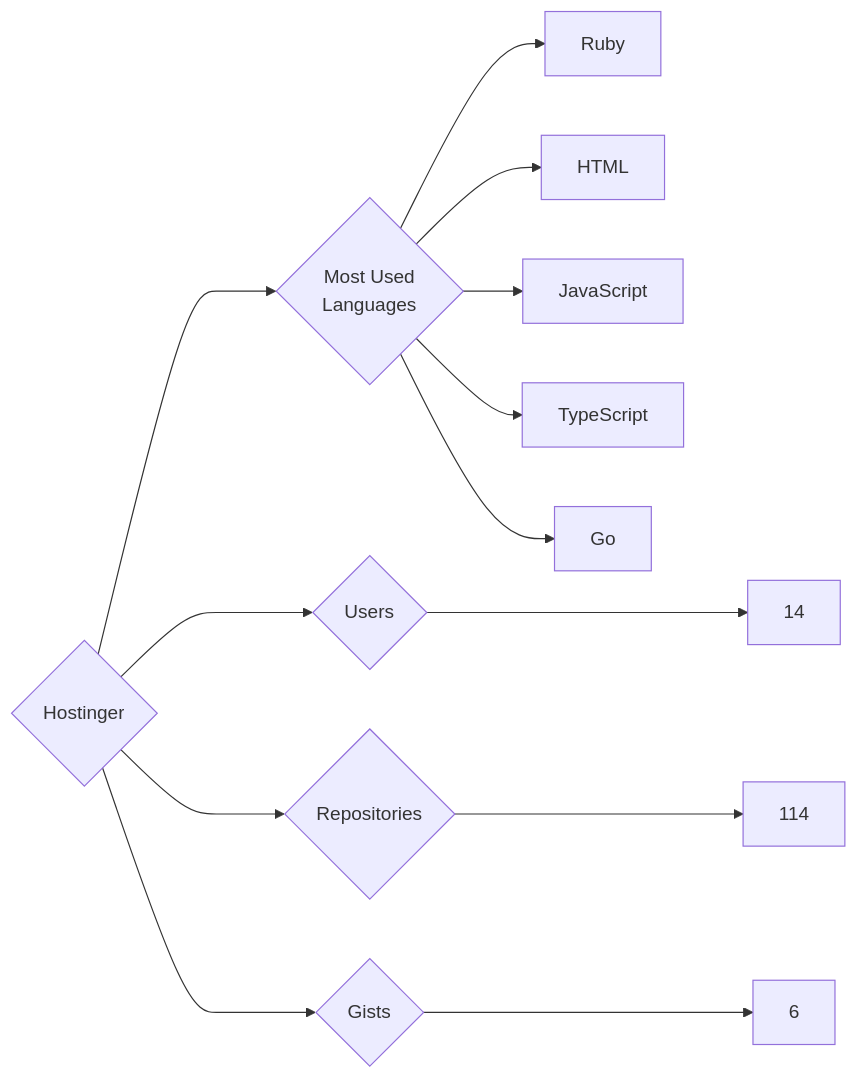
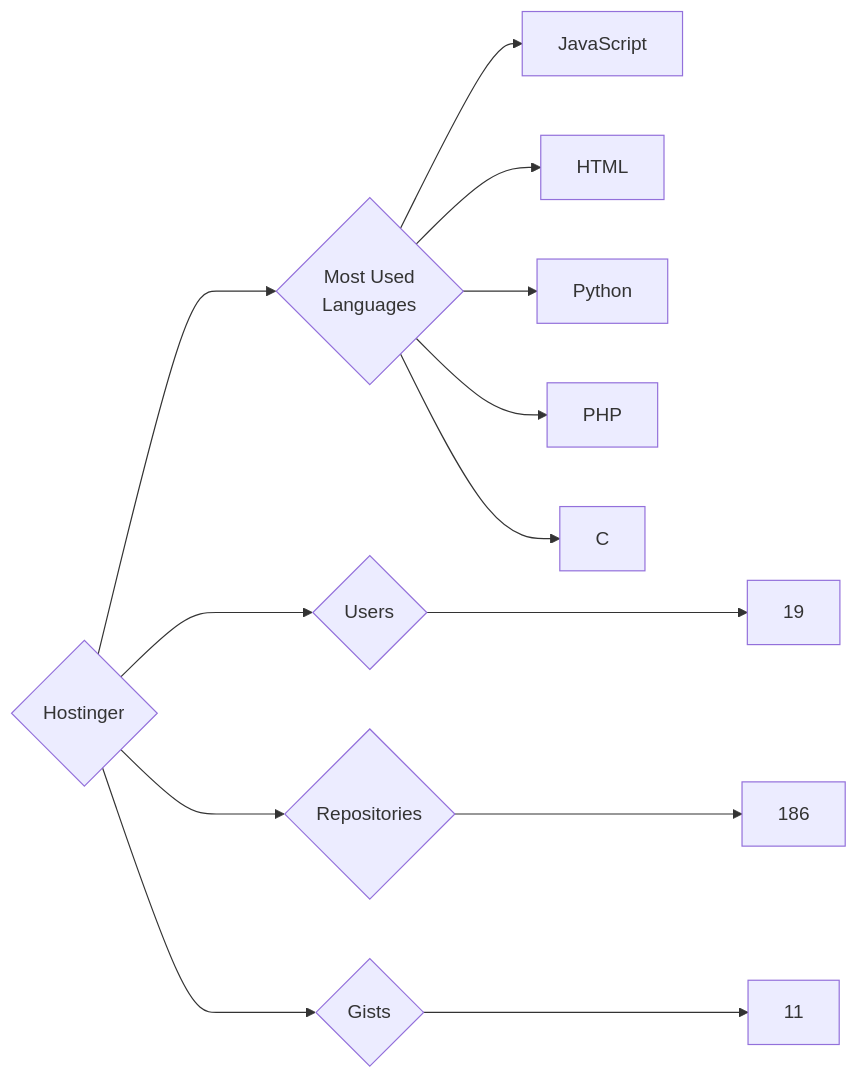
The diagram in targets/Hostinger/README.md (trickest/insiders), drawn with Mermaid before and after one commit. The commit also changed 891 other files, not shown here.

````diff
--- a/targets/Hostinger/README.md
+++ b/targets/Hostinger/README.md
@@ -3,13 +3,13 @@
 ```mermaid
 graph LR
 COMPANY_NAME{Hostinger}
-COMPANY_NAME ---> U{Users} ---> UN[14]
-COMPANY_NAME ---> R{Repositories} ---> RN[114]
-COMPANY_NAME ---> G{Gists} ---> GN[6]
+COMPANY_NAME ---> U{Users} ---> UN[19]
+COMPANY_NAME ---> R{Repositories} ---> RN[186]
+COMPANY_NAME ---> G{Gists} ---> GN[11]
 COMPANY_NAME ---> ML{Most Used<br>Languages}
-ML --> Ruby[Ruby]
+ML --> JavaScript[JavaScript]
 ML --> HTML[HTML]
-ML --> JavaScript[JavaScript]
-ML --> TypeScript[TypeScript]
-ML --> Go[Go]
+ML --> Python[Python]
+ML --> PHP[PHP]
+ML --> C[C]
 ```
````
